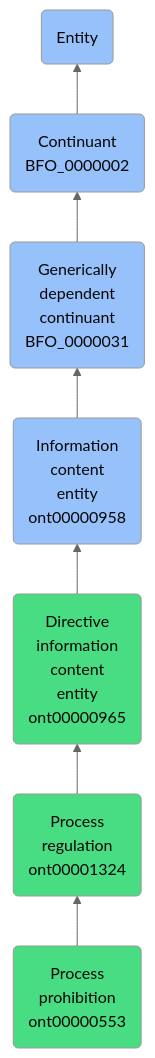
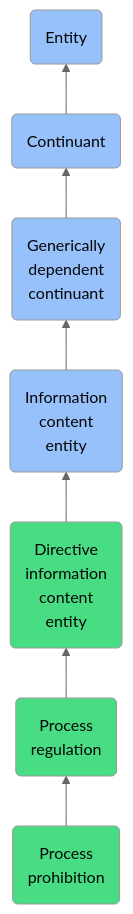
One commit to jupyter-naas/abi changed the diagram in docs/ontology/reference/model/Entity/Continuant/Generically dependent continuant/Information content entity/Directive information content entity/Process regulation/Process prohibition/Process prohibition.md. Above: the diagram before and after it, drawn with Mermaid (neutral theme). The commit also changed other lines of this file and 1430 other files, not shown here.

````diff
--- a/docs/ontology/reference/model/Entity/Continuant/Generically dependent continuant/Information content entity/Directive information content entity/Process regulation/Process prohibition/Process prohibition.md
+++ b/docs/ontology/reference/model/Entity/Continuant/Generically dependent continuant/Information content entity/Directive information content entity/Process regulation/Process prohibition/Process prohibition.md
@@ -24,14 +24,14 @@
 ```mermaid
 graph BT
-    ont00000553(Process<br>prohibition<br>ont00000553):::ABI-->ont00001324
-    ont00001324(Process<br>regulation<br>ont00001324):::ABI-->ont00000965
-    ont00000965(Directive<br>information<br>content<br>entity<br>ont00000965):::ABI-->ont00000958
-    ont00000958(Information<br>content<br>entity<br>ont00000958):::BFO-->BFO_0000031
-    BFO_0000031(Generically<br>dependent<br>continuant<br>BFO_0000031):::BFO-->BFO_0000002
-    BFO_0000002(Continuant<br>BFO_0000002):::BFO-->BFO_0000001
+    ont00000553(Process<br>prohibition):::ABI-->ont00001324
+    ont00001324(Process<br>regulation):::ABI-->ont00000965
+    ont00000965(Directive<br>information<br>content<br>entity):::ABI-->ont00000958
+    ont00000958(Information<br>content<br>entity):::BFO-->BFO_0000031
+    BFO_0000031(Generically<br>dependent<br>continuant):::BFO-->BFO_0000002
+    BFO_0000002(Continuant):::BFO-->BFO_0000001
     BFO_0000001(Entity):::BFO
     
     classDef BFO fill:#97c1fb,color:#060606
     classDef CCO fill:#e4c51e,color:#060606
     classDef ABI fill:#48DD82,color:#060606
 ```
````
